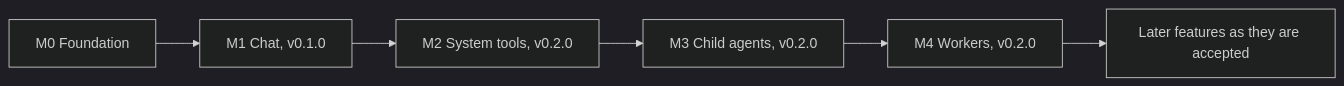
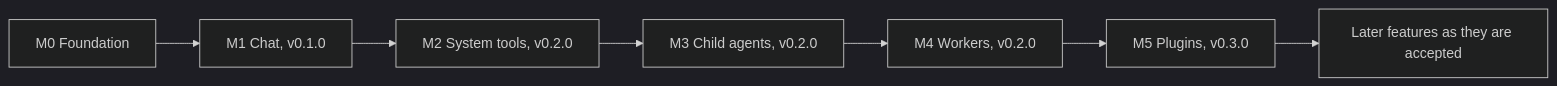
One commit to limbon2/mannie changed the diagram in docs/roadmap/milestones.md. Above: the diagram before and after it, drawn with Mermaid (dark theme). The commit also changed other lines of this file and 337 other files, not shown here.

````diff
--- a/docs/roadmap/milestones.md
+++ b/docs/roadmap/milestones.md
@@ -27,8 +28,9 @@
 ```mermaid
 flowchart LR
   M0[M0 Foundation] --> M1[M1 Chat, v0.1.0]
   M1 --> M2[M2 System tools, v0.2.0]
   M2 --> M3[M3 Child agents, v0.2.0]
   M3 --> M4[M4 Workers, v0.2.0]
-  M4 --> Later[Later features as they are accepted]
+  M4 --> M5[M5 Plugins, v0.3.0]
+  M5 --> Later[Later features as they are accepted]
 ```
````
